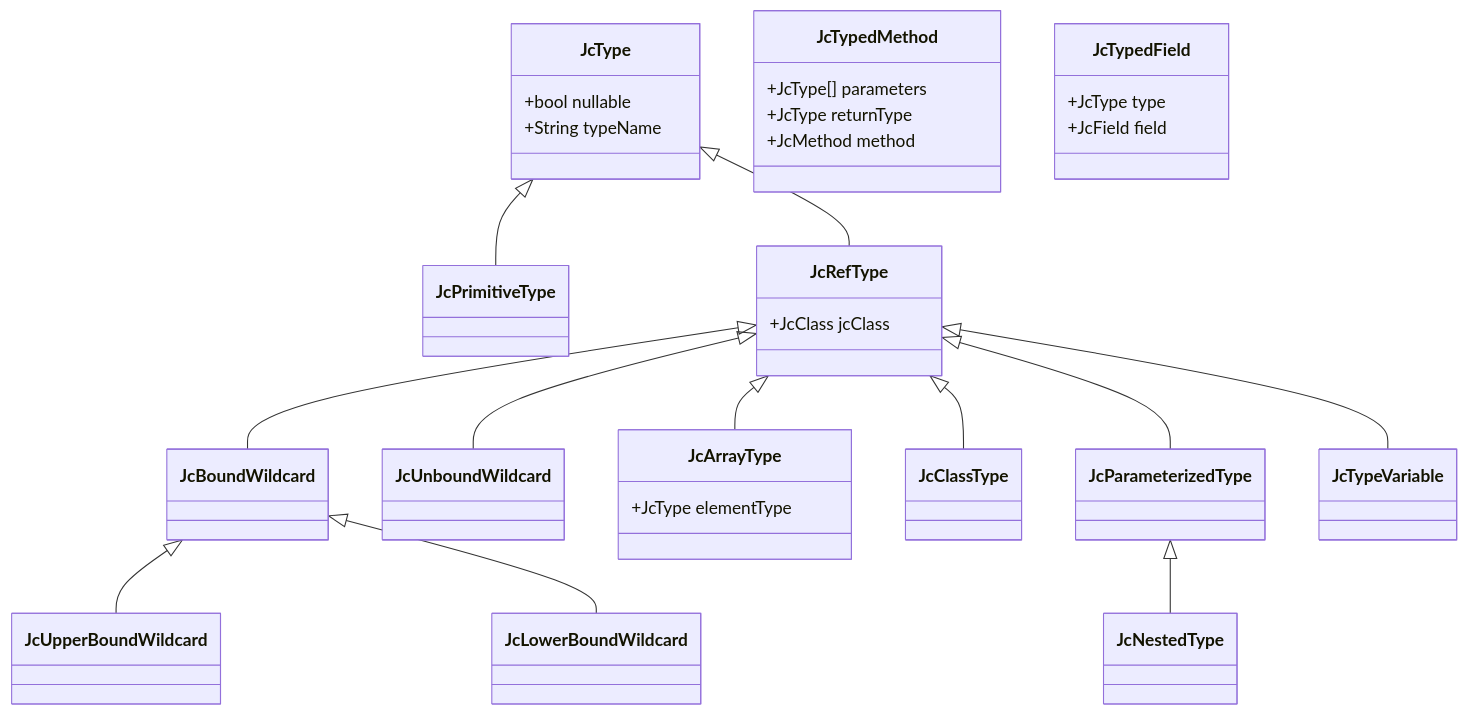
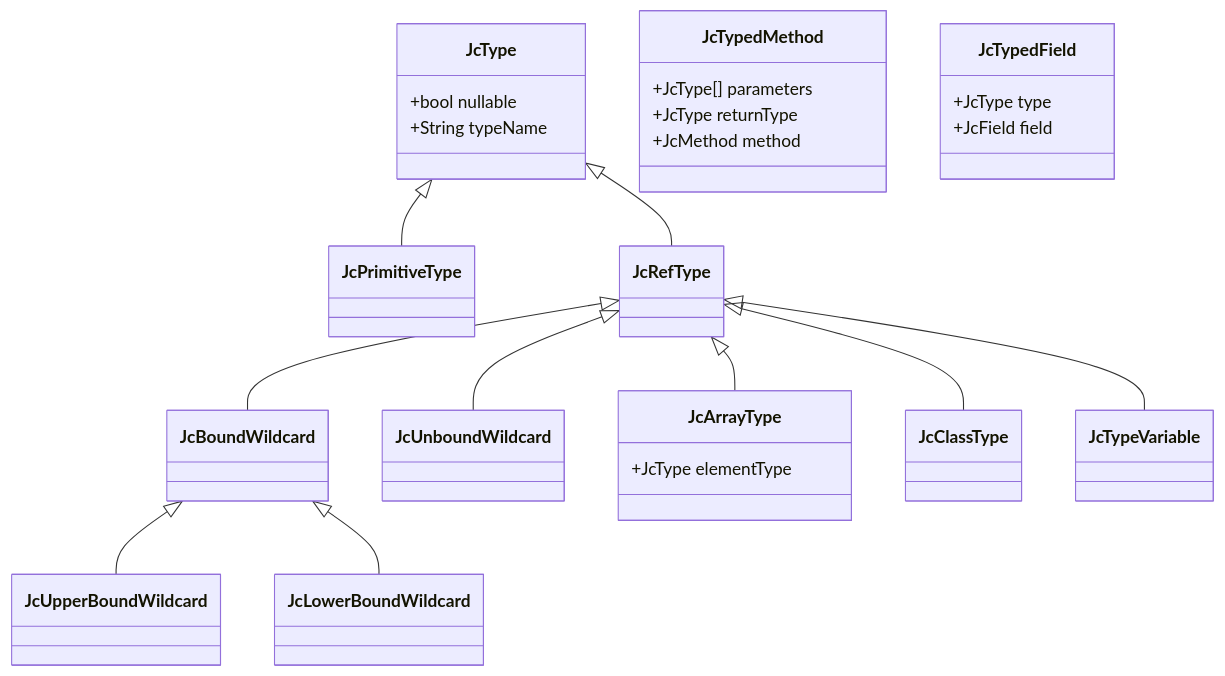
One commit to UnitTestBot/jacodb changed the second of 4 diagrams in design.md. Above: the diagram before and after it, drawn with Mermaid. The commit also changed 14 other files, not shown here.

````diff
--- a/design.md
+++ b/design.md
@@ -75,36 +75,33 @@
 ```mermaid
 classDiagram
     JcType <|-- JcPrimitiveType
     JcType <|-- JcRefType
     JcRefType <|-- JcBoundWildcard
     JcRefType <|-- JcUnboundWildcard
     JcBoundWildcard <|-- JcUpperBoundWildcard
     JcBoundWildcard <|-- JcLowerBoundWildcard
     JcRefType <|-- JcArrayType
     JcRefType <|-- JcClassType
-    JcRefType <|-- JcParameterizedType
     JcRefType <|-- JcTypeVariable
-    JcParameterizedType <|-- JcNestedType
     class JcType {
       +bool nullable
       +String typeName
     }
 
     class JcRefType {
-      +JcClass jcClass 
     }
     class JcArrayType {
        +JcType elementType
     }
 
     class JcTypedMethod {
       +JcType[] parameters
       +JcType returnType
       +JcMethod method
     }
 
     class JcTypedField {
       +JcType type
       +JcField field
     }
 ``` 
````
